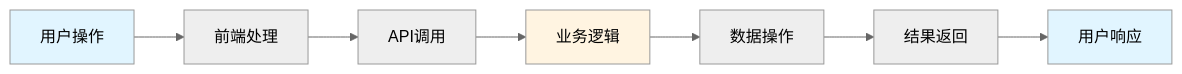
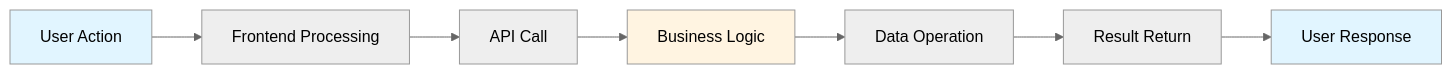
Before and after one commit to mjczz/project-analyzer: the tenth of 16 diagrams in TEMPLATE.md, drawn with Mermaid (neutral theme). The commit also changed other lines of this file and 8 other files, not shown here.

````diff
--- a/TEMPLATE.md
+++ b/TEMPLATE.md
@@ -435,13 +435,13 @@
 ```mermaid
 flowchart LR
-    A[用户操作] --> B[前端处理]
-    B --> C[API调用]
-    C --> D[业务逻辑]
-    D --> E[数据操作]
-    E --> F[结果返回]
-    F --> G[用户响应]
+    A[User Action] --> B[Frontend Processing]
+    B --> C[API Call]
+    C --> D[Business Logic]
+    D --> E[Data Operation]
+    E --> F[Result Return]
+    F --> G[User Response]
 
     style A fill:#e1f5ff
     style G fill:#e1f5ff
     style D fill:#fff4e1
 ```
````
